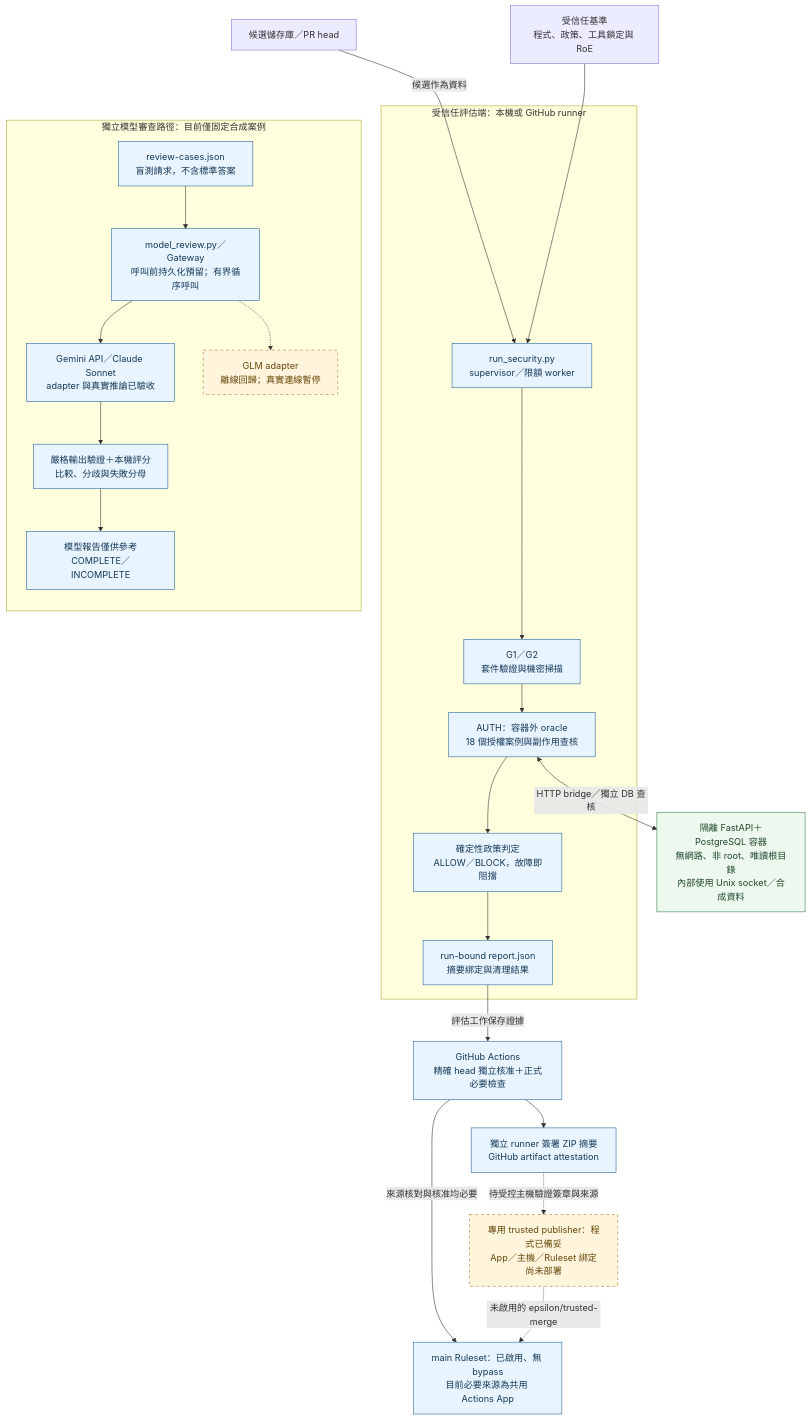
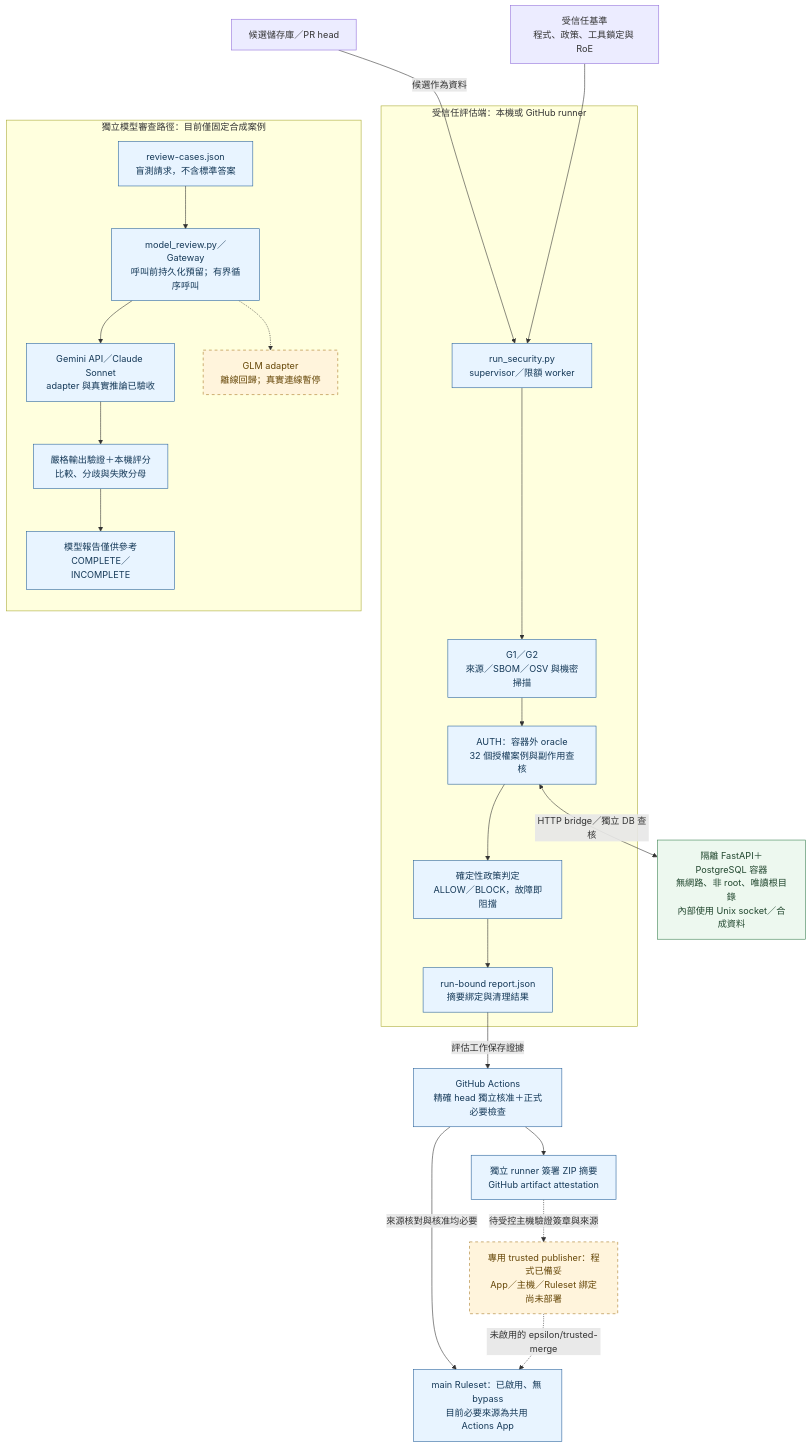
One commit to chinchiang/MultiAgentEpsilon changed the diagram in docs/diagrams/architecture-overview.mmd. Above: the diagram before and after it, drawn with Mermaid. The commit also changed 40 other files, not shown here.

```diff
--- a/docs/diagrams/architecture-overview.mmd
+++ b/docs/diagrams/architecture-overview.mmd
@@ -1,52 +1,52 @@
 flowchart TB
     Source["候選儲存庫／PR head"]
     Trust["受信任基準<br/>程式、政策、工具鎖定與 RoE"]
 
     subgraph Evaluator["受信任評估端：本機或 GitHub runner"]
         Run["run_security.py<br/>supervisor／限額 worker"]
-        Scan["G1／G2<br/>套件驗證與機密掃描"]
-        Oracle["AUTH：容器外 oracle<br/>18 個授權案例與副作用查核"]
+        Scan["G1／G2<br/>來源／SBOM／OSV 與機密掃描"]
+        Oracle["AUTH：容器外 oracle<br/>32 個授權案例與副作用查核"]
         Decision["確定性政策判定<br/>ALLOW／BLOCK，故障即阻擋"]
         Report["run-bound report.json<br/>摘要綁定與清理結果"]
         Run --> Scan --> Oracle --> Decision --> Report
     end
 
     Isolation["隔離 FastAPI＋PostgreSQL 容器<br/>無網路、非 root、唯讀根目錄<br/>內部使用 Unix socket／合成資料"]
 
     Source -->|"候選作為資料"| Run
     Trust --> Run
     Oracle <-->|"HTTP bridge／獨立 DB 查核"| Isolation
 
     subgraph ModelPath["獨立模型審查路徑：目前僅固定合成案例"]
         direction TB
         Cases["review-cases.json<br/>盲測請求，不含標準答案"]
         Gateway["model_review.py／Gateway<br/>呼叫前持久化預留；有界循序呼叫"]
         Live["Gemini API／Claude Sonnet<br/>adapter 與真實推論已驗收"]
         GLM["GLM adapter<br/>離線回歸；真實連線暫停"]
         Score["嚴格輸出驗證＋本機評分<br/>比較、分歧與失敗分母"]
         Advisory["模型報告僅供參考<br/>COMPLETE／INCOMPLETE"]
         Cases --> Gateway
         Gateway --> Live --> Score
         Gateway -.-> GLM
         Score --> Advisory
     end
 
     %% 僅對齊兩條獨立路徑，沒有資料交換。
     Source ~~~ Cases
 
     CI["GitHub Actions<br/>精確 head 獨立核准＋正式必要檢查"]
     Signed["獨立 runner 簽署 ZIP 摘要<br/>GitHub artifact attestation"]
     Rules["main Ruleset：已啟用、無 bypass<br/>目前必要來源為共用 Actions App"]
     Publisher["專用 trusted publisher：程式已備妥<br/>App／主機／Ruleset 綁定尚未部署"]
     Report -->|"評估工作保存證據"| CI
     CI --> Signed
     CI -->|"來源核對與核准均必要"| Rules
     Signed -.->|"待受控主機驗證簽章與來源"| Publisher
     Publisher -.->|"未啟用的 epsilon/trusted-merge"| Rules
 
     classDef implemented fill:#e8f4ff,stroke:#28629b,color:#153958;
     classDef isolated fill:#edf8ef,stroke:#3a8051,color:#21472e;
     classDef pending fill:#fff4dc,stroke:#a67822,stroke-dasharray:5 5,color:#664708;
     class Run,Scan,Oracle,Decision,Report,Cases,Gateway,Live,Score,Advisory,CI,Signed,Rules implemented;
     class Isolation isolated;
     class GLM,Publisher pending;
```
